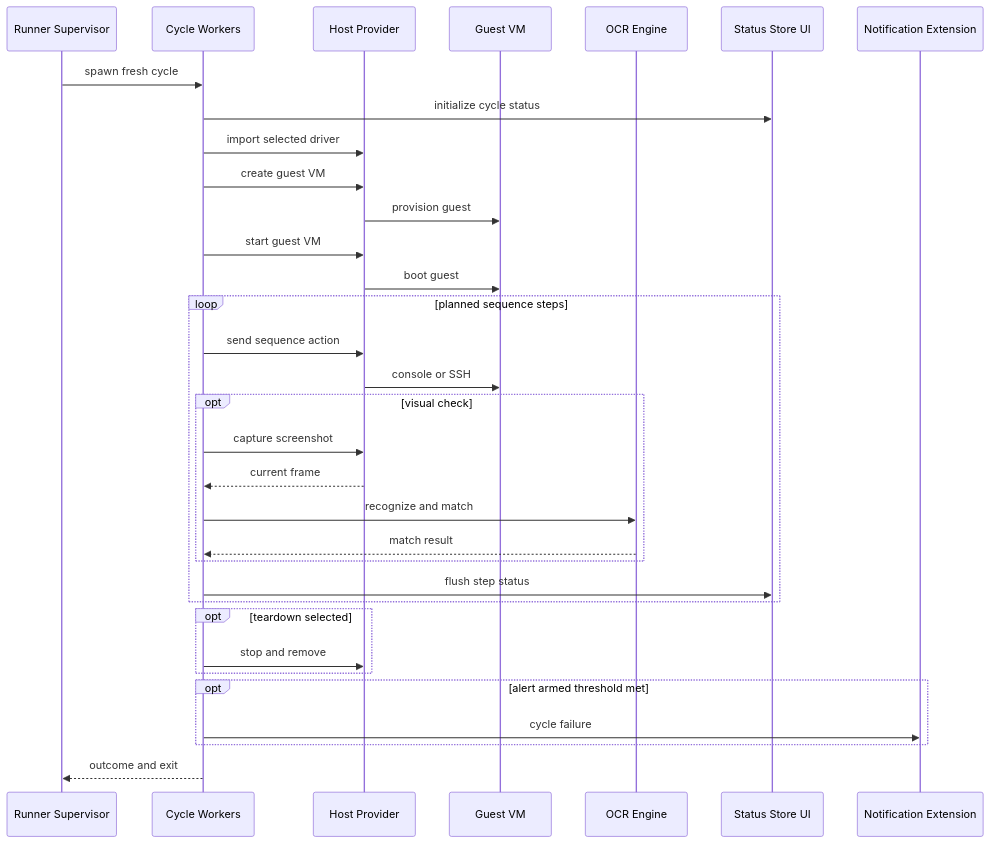
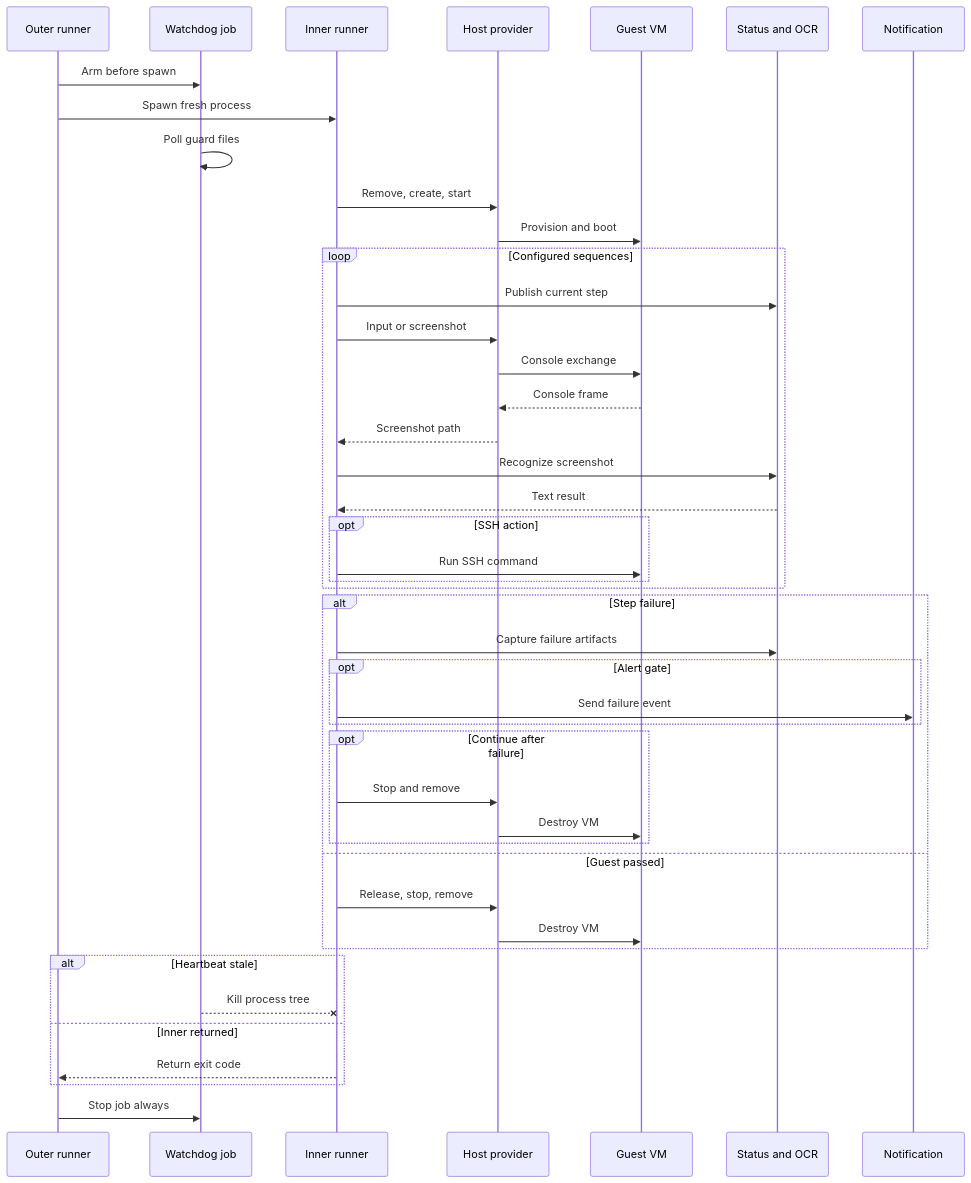
Before and after one commit to alissonsol/yuruna: the second of 5 diagrams in docs/design/03-data-flows.md, drawn with Mermaid. The commit also changed other lines of this file and 901 other files, not shown here.

````diff
--- a/docs/design/03-data-flows.md
+++ b/docs/design/03-data-flows.md
@@ -72,39 +63,46 @@
 ```mermaid
 sequenceDiagram
-  participant runner-supervisor as Runner Supervisor
-  participant cycle-workers as Cycle Workers
-  participant host-provider as Host Provider
-  participant guest-vm as Guest VM
-  participant ocr-engine as OCR Engine
-  participant status-store as Status Store UI
-  participant notify-extension as Notification Extension
-
-  runner-supervisor->>cycle-workers: spawn fresh cycle
-  cycle-workers->>status-store: initialize cycle status
-  cycle-workers->>host-provider: import selected driver
-  cycle-workers->>host-provider: create guest VM
-  host-provider->>guest-vm: provision guest
-  cycle-workers->>host-provider: start guest VM
-  host-provider->>guest-vm: boot guest
-  loop planned sequence steps
-    cycle-workers->>host-provider: send sequence action
-    host-provider->>guest-vm: console or SSH
-    %% optional -- visual checks are sequence controlled
-    opt visual check
-      cycle-workers->>host-provider: capture screenshot
-      host-provider-->>cycle-workers: current frame
-      cycle-workers->>ocr-engine: recognize and match
-      ocr-engine-->>cycle-workers: match result
+    participant outer-runner as Outer runner
+    participant watchdog as Watchdog job
+    participant inner-runner as Inner runner
+    participant host-provider as Host provider
+    participant guest-vm as Guest VM
+    participant status-ocr as Status and OCR
+    participant notification as Notification
+    outer-runner->>watchdog: Arm before spawn
+    outer-runner->>inner-runner: Spawn fresh process
+    watchdog->>watchdog: Poll guard files
+    inner-runner->>host-provider: Remove, create, start
+    host-provider->>guest-vm: Provision and boot
+    loop Configured sequences
+        inner-runner->>status-ocr: Publish current step
+        inner-runner->>host-provider: Input or screenshot
+        host-provider->>guest-vm: Console exchange
+        guest-vm-->>host-provider: Console frame
+        host-provider-->>inner-runner: Screenshot path
+        inner-runner->>status-ocr: Recognize screenshot
+        status-ocr-->>inner-runner: Text result
+        opt SSH action
+            inner-runner->>guest-vm: Run SSH command
+        end
     end
-    cycle-workers->>status-store: flush step status
-  end
-  %% optional -- failure policy can retain the guest for diagnosis
-  opt teardown selected
-    cycle-workers->>host-provider: stop and remove
-  end
-  %% optional -- notification requires both policy conditions
-  opt alert armed threshold met
-    cycle-workers->>notify-extension: cycle failure
-  end
-  cycle-workers-->>runner-supervisor: outcome and exit
+    alt Step failure
+        inner-runner->>status-ocr: Capture failure artifacts
+        opt Alert gate
+            inner-runner->>notification: Send failure event
+        end
+        opt Continue after failure
+            inner-runner->>host-provider: Stop and remove
+            host-provider->>guest-vm: Destroy VM
+        end
+    else Guest passed
+        inner-runner->>host-provider: Release, stop, remove
+        host-provider->>guest-vm: Destroy VM
+    end
+    alt Heartbeat stale
+        watchdog--xinner-runner: Kill process tree
+    else Inner returned
+        inner-runner-->>outer-runner: Return exit code
+    end
+    outer-runner->>watchdog: Stop job always
 ```
````
